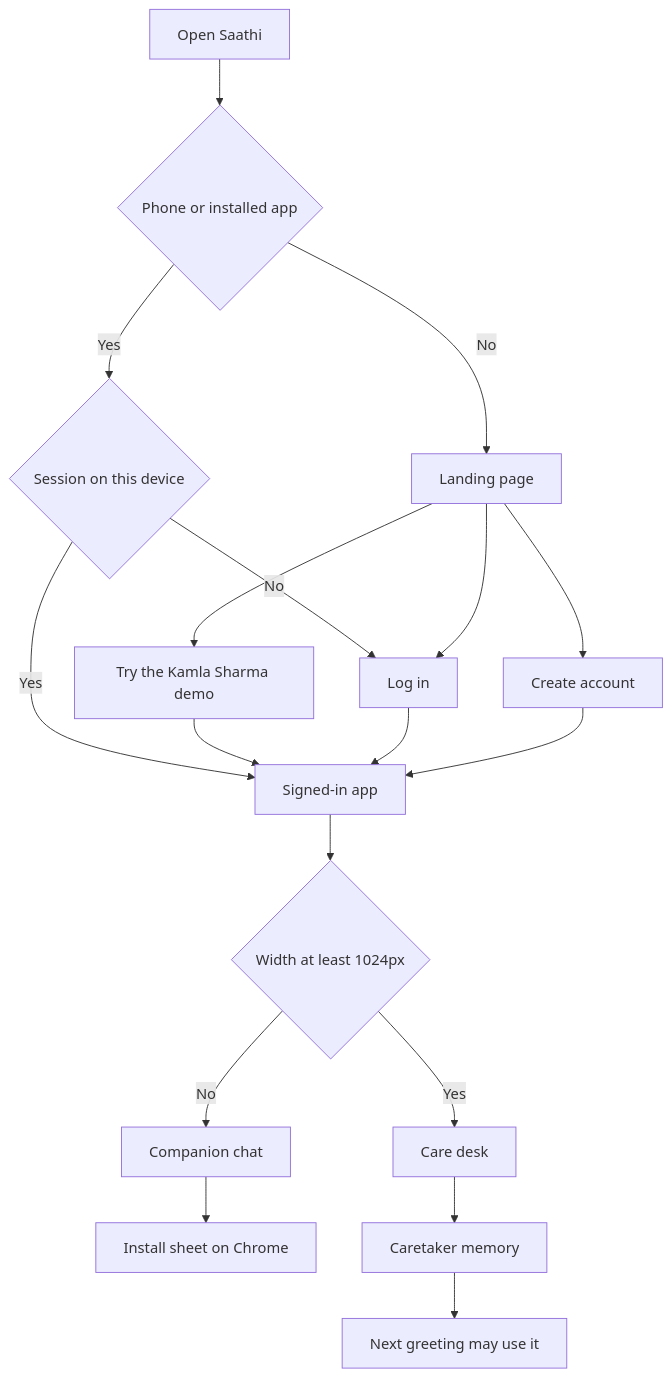
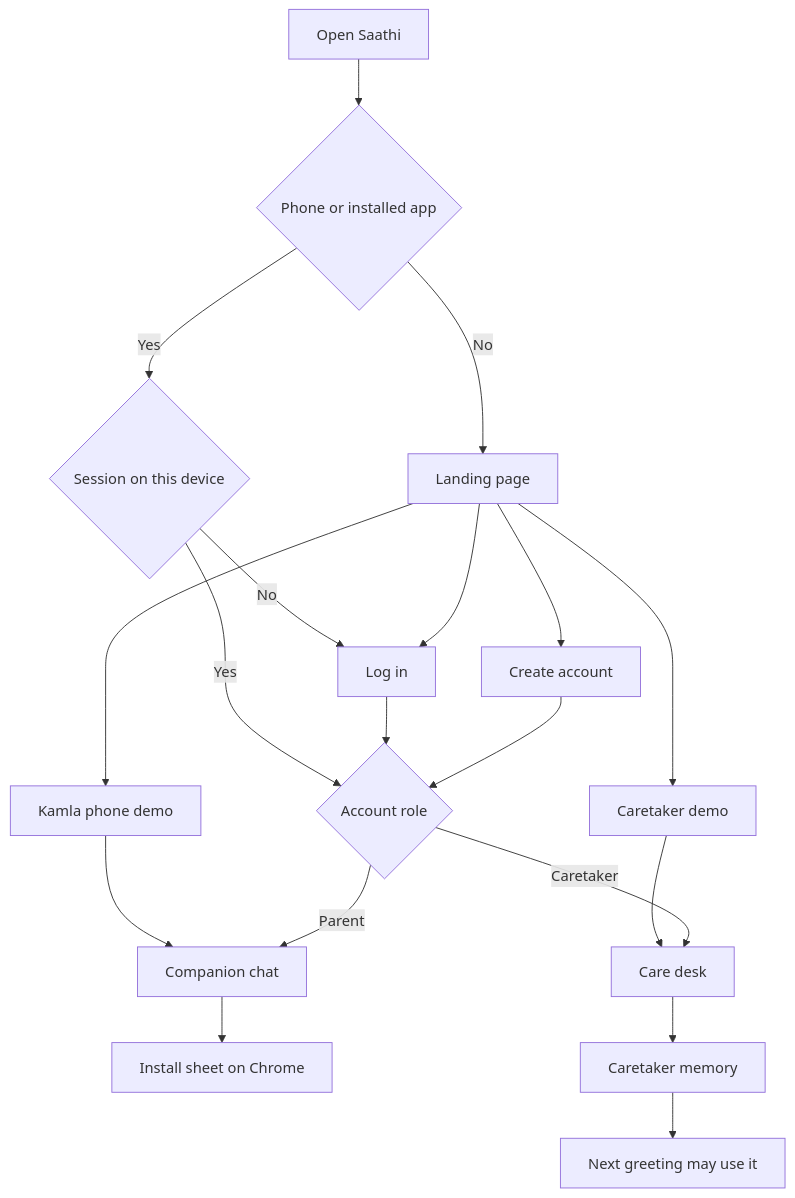
The first of 4 diagrams in docs/SPEC.md (srushtipatil09/AI_Builder_Cup_2026), drawn with Mermaid before and after one commit. The commit also changed other lines of this file and 7 other files, not shown here.

````diff
--- a/docs/SPEC.md
+++ b/docs/SPEC.md
@@ -11,20 +11,21 @@
 ```mermaid
 flowchart TD
   start[Open Saathi] --> entry{Phone or installed app}
   entry -->|Yes| signed{Session on this device}
   signed -->|No| login[Log in]
-  signed -->|Yes| app[Signed-in app]
+  signed -->|Yes| role{Account role}
   entry -->|No| land[Landing page]
-  land --> demo[Try the Kamla Sharma demo]
+  land --> demoChat[Kamla phone demo]
+  land --> demoDesk[Caretaker demo]
   land --> login
   land --> signup[Create account]
-  demo --> app
-  login --> app
-  signup --> app
-  app --> wide{Width at least 1024px}
-  wide -->|Yes| desk[Care desk]
-  wide -->|No| phone[Companion chat]
+  demoChat --> phone[Companion chat]
+  demoDesk --> desk[Care desk]
+  login --> role
+  signup --> role
+  role -->|Parent| phone
+  role -->|Caretaker| desk
   phone --> install[Install sheet on Chrome]
   desk --> memory[Caretaker memory]
   memory --> greeting[Next greeting may use it]
 ```
````
